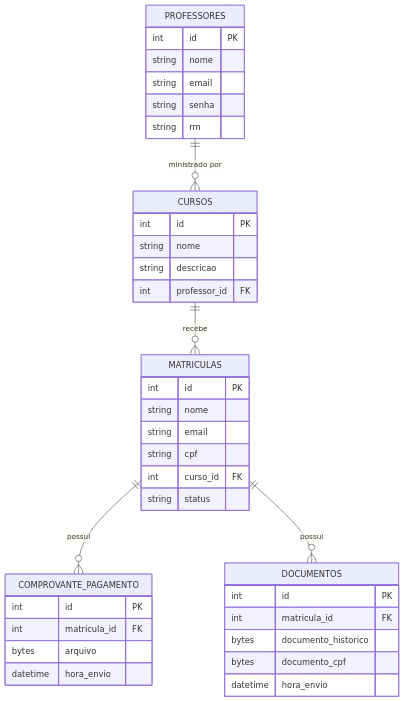
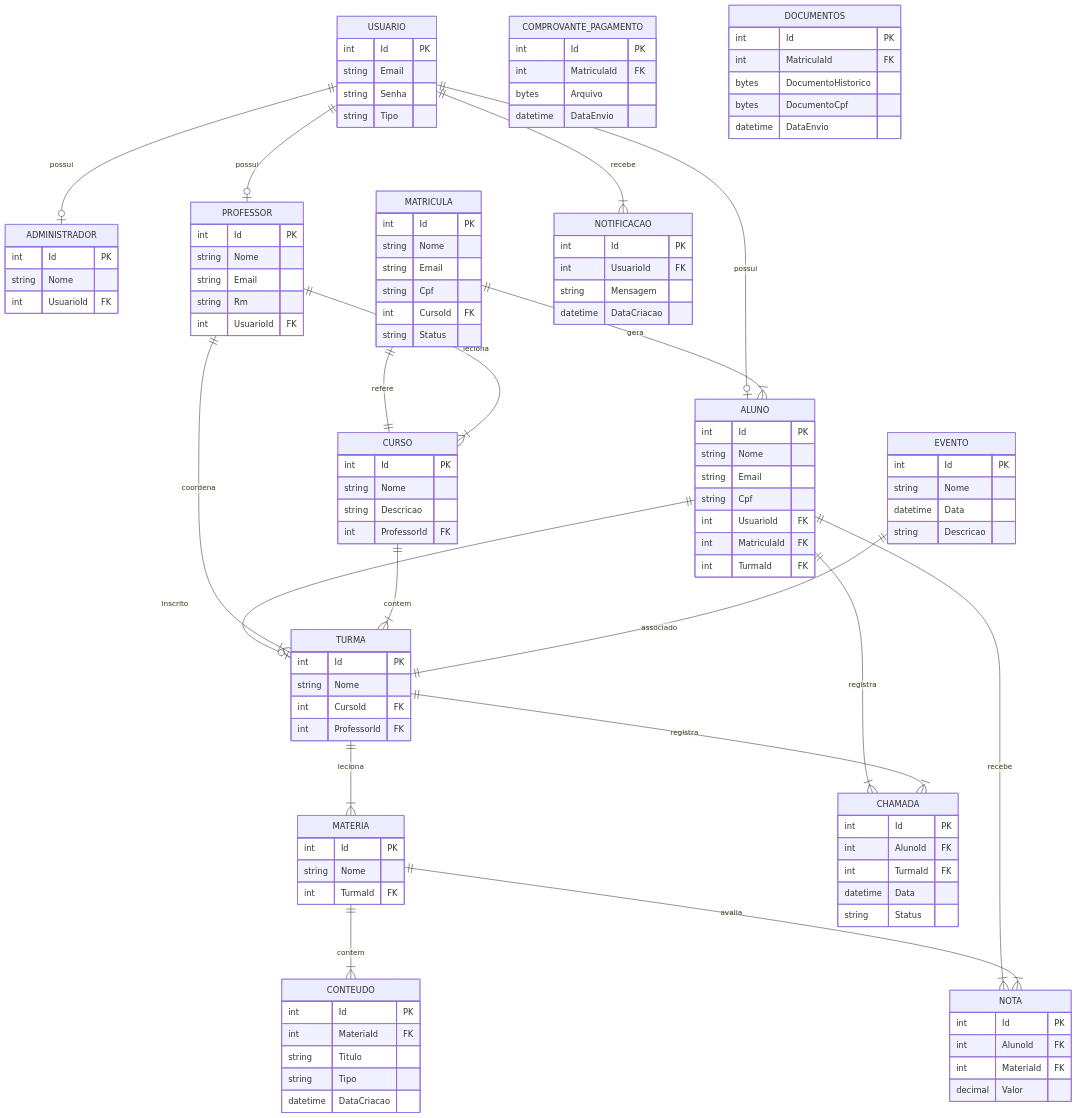
One commit to luccasirineu/tivit-academy changed the diagram in README.md. Above: the diagram before and after it, drawn with Mermaid. The commit also changed other lines of this file, not shown here.

````diff
--- a/README.md
+++ b/README.md
@@ -58,49 +51,140 @@
 ```mermaid
 erDiagram
 
-    PROFESSORES {
-        int id PK
-        string nome
-        string email
-        string senha
-        string rm
+    USUARIO {
+        int Id PK
+        string Email
+        string Senha
+        string Tipo
     }
 
-    CURSOS {
-        int id PK
-        string nome
-        string descricao
-        int professor_id FK
+    ADMINISTRADOR {
+        int Id PK
+        string Nome
+        int UsuarioId FK
     }
 
-    MATRICULAS {
-        int id PK
-        string nome
-        string email
-        string cpf
-        int curso_id FK
-        string status
+    PROFESSOR {
+        int Id PK
+        string Nome
+        string Email
+        string Rm
+        int UsuarioId FK
+    }
+
+    ALUNO {
+        int Id PK
+        string Nome
+        string Email
+        string Cpf
+        int UsuarioId FK
+        int MatriculaId FK
+        int TurmaId FK
+    }
+
+    MATRICULA {
+        int Id PK
+        string Nome
+        string Email
+        string Cpf
+        int CursoId FK
+        string Status
     }
 
     COMPROVANTE_PAGAMENTO {
-        int id PK
-        int matricula_id FK
-        bytes arquivo
-        datetime hora_envio
+        int Id PK
+        int MatriculaId FK
+        bytes Arquivo
+        datetime DataEnvio
     }
 
     DOCUMENTOS {
-        int id PK
-        int matricula_id FK
-        bytes documento_historico
-        bytes documento_cpf
-        datetime hora_envio
+        int Id PK
+        int MatriculaId FK
+        bytes DocumentoHistorico
+        bytes DocumentoCpf
+        datetime DataEnvio
     }
 
-    %% RELACIONAMENTOS
-    PROFESSORES ||--o{ CURSOS : "ministrado por"
-    CURSOS ||--o{ MATRICULAS : "recebe"
-    MATRICULAS ||--o{ COMPROVANTE_PAGAMENTO : "possui"
-    MATRICULAS ||--o{ DOCUMENTOS : "possui"
+    CURSO {
+        int Id PK
+        string Nome
+        string Descricao
+        int ProfessorId FK
+    }
 
+    TURMA {
+        int Id PK
+        string Nome
+        int CursoId FK
+        int ProfessorId FK
+    }
+
+    MATERIA {
+        int Id PK
+        string Nome
+        int TurmaId FK
+    }
+
+    EVENTO {
+        int Id PK
+        string Nome
+        datetime Data
+        string Descricao
+    }
+
+    CHAMADA {
+        int Id PK
+        int AlunoId FK
+        int TurmaId FK
+        datetime Data
+        string Status
+    }
+
+    NOTA {
+        int Id PK
+        int AlunoId FK
+        int MateriaId FK
+        decimal Valor
+    }
+
+    CONTEUDO {
+        int Id PK
+        int MateriaId FK
+        string Titulo
+        string Tipo
+        datetime DataCriacao
+    }
+
+    NOTIFICACAO {
+        int Id PK
+        int UsuarioId FK
+        string Mensagem
+        datetime DataCriacao
+    }
+
+    %% Relacionamentos
+    USUARIO ||--o| ALUNO : possui
+    USUARIO ||--o| PROFESSOR : possui
+    USUARIO ||--o| ADMINISTRADOR : possui
+    
+    MATRICULA ||--|{ ALUNO : gera
+    MATRICULA ||--|| CURSO : refere
+    ALUNO ||--o| TURMA : inscrito
+    ALUNO ||--|{ CHAMADA : registra
+    ALUNO ||--|{ NOTA : recebe
+    
+    PROFESSOR ||--|{ CURSO : leciona
+    PROFESSOR ||--|{ TURMA : coordena
+    
+    CURSO ||--|{ TURMA : contem
+    TURMA ||--|{ MATERIA : leciona
+    TURMA ||--|{ CHAMADA : registra
+    
+    MATERIA ||--|{ CONTEUDO : contem
+    MATERIA ||--|{ NOTA : avalia
+    
+    EVENTO ||--|| TURMA : associado
+    
+    USUARIO ||--|{ NOTIFICACAO : recebe
 ```
````
